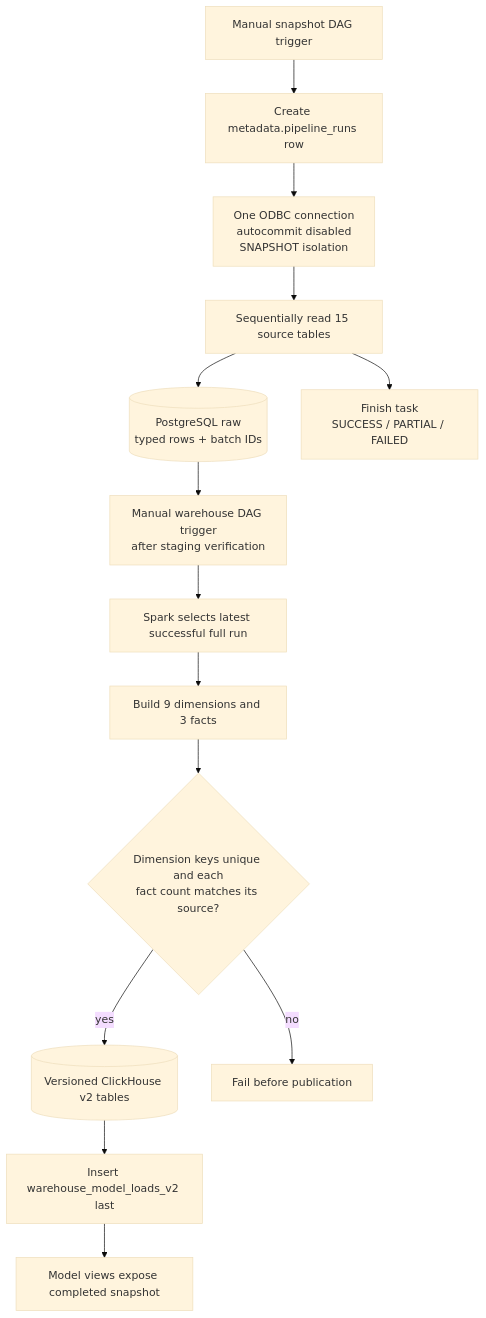
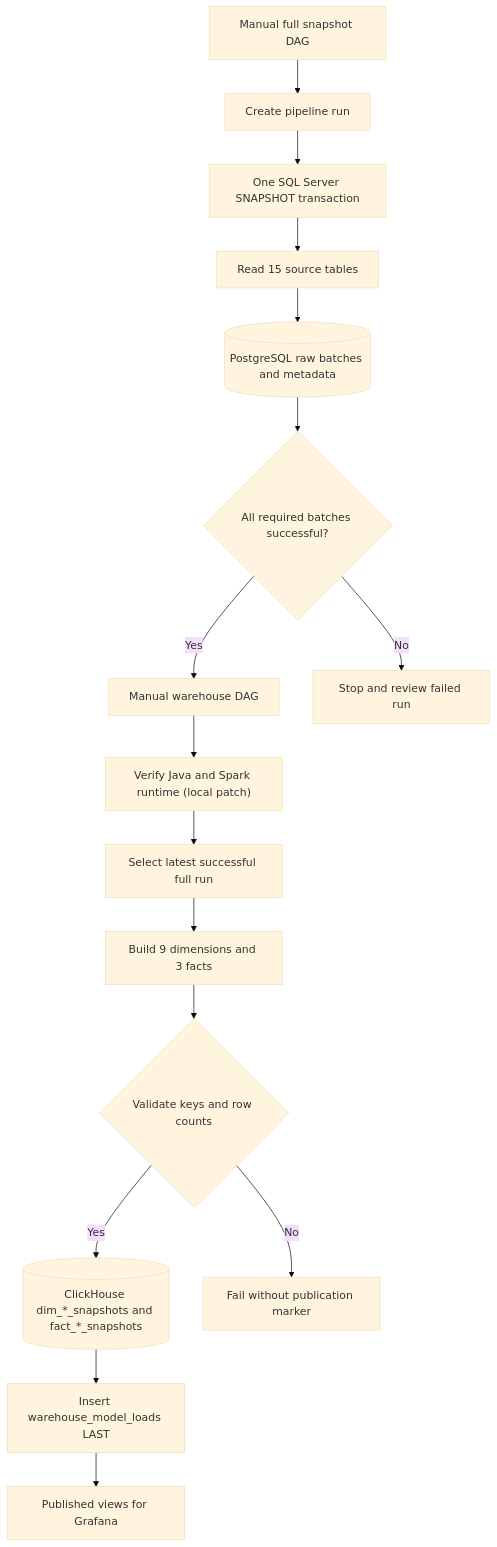
Before and after one commit to pzolfaghari72/students-data-engineering-platform: the first of 3 diagrams in docs/02-architecture/diagrams/batch-pipeline.md, drawn with Mermaid (base theme). The commit also changed other lines of this file and 41 other files, not shown here.

````diff
--- a/docs/02-architecture/diagrams/batch-pipeline.md
+++ b/docs/02-architecture/diagrams/batch-pipeline.md
@@ -9,21 +7,22 @@
 ```mermaid
 flowchart TD
-    Trigger["Manual snapshot DAG trigger"]
-    Start["Create metadata.pipeline_runs row"]
-    Tx["One ODBC connection<br/>autocommit disabled<br/>SNAPSHOT isolation"]
-    Tables["Sequentially read 15 source tables"]
-    Raw[("PostgreSQL raw<br/>typed rows + batch IDs")]
-    Finish["Finish task<br/>SUCCESS / PARTIAL / FAILED"]
-    WarehouseTrigger["Manual warehouse DAG trigger<br/>after staging verification"]
-    Select["Spark selects latest successful full run"]
+    Trigger["Manual full snapshot DAG"]
+    Start["Create pipeline run"]
+    Tx["One SQL Server SNAPSHOT transaction"]
+    Tables["Read 15 source tables"]
+    Raw[("PostgreSQL raw batches and metadata")]
+    Done{"All required batches successful?"}
+    WarehouseTrigger["Manual warehouse DAG"]
+    Runtime["Verify Java and Spark runtime (local patch)"]
+    Select["Select latest successful full run"]
     Build["Build 9 dimensions and 3 facts"]
-    Check{"Dimension keys unique and each<br/>fact count matches its source?"}
-    Snapshot[("Versioned ClickHouse v2 tables")]
-    Publish["Insert warehouse_model_loads_v2 last"]
-    Views["Model views expose completed snapshot"]
-    Trigger --> Start --> Tx --> Tables --> Raw
-    Tables --> Finish
-    Raw --> WarehouseTrigger --> Select --> Build --> Check
-    Check -- "no" --> Stop["Fail before publication"]
-    Check -- "yes" --> Snapshot --> Publish --> Views
+    Check{"Validate keys and row counts"}
+    Snapshot[("ClickHouse dim_*_snapshots and fact_*_snapshots")]
+    Publish["Insert warehouse_model_loads LAST"]
+    Views["Published views for Grafana"]
+    Trigger --> Start --> Tx --> Tables --> Raw --> Done
+    Done -- No --> Stop["Stop and review failed run"]
+    Done -- Yes --> WarehouseTrigger --> Runtime --> Select --> Build --> Check
+    Check -- No --> Error["Fail without publication marker"]
+    Check -- Yes --> Snapshot --> Publish --> Views
 ```
````
